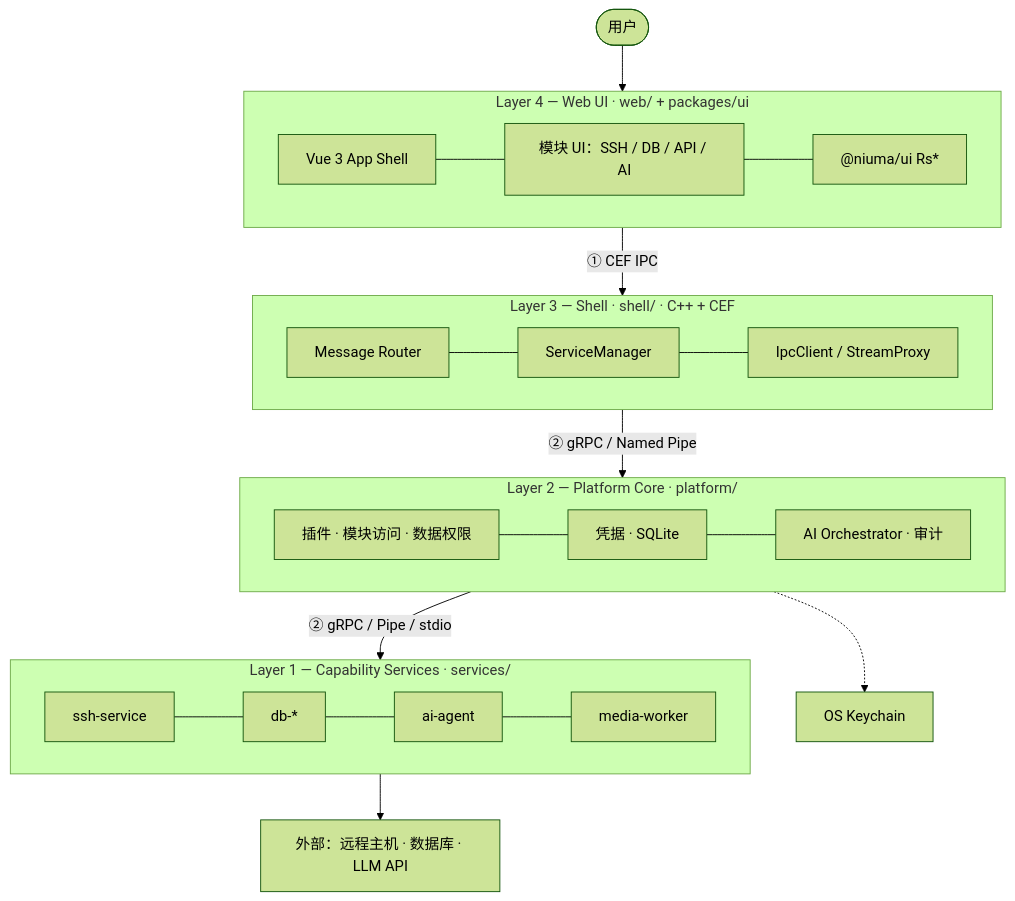
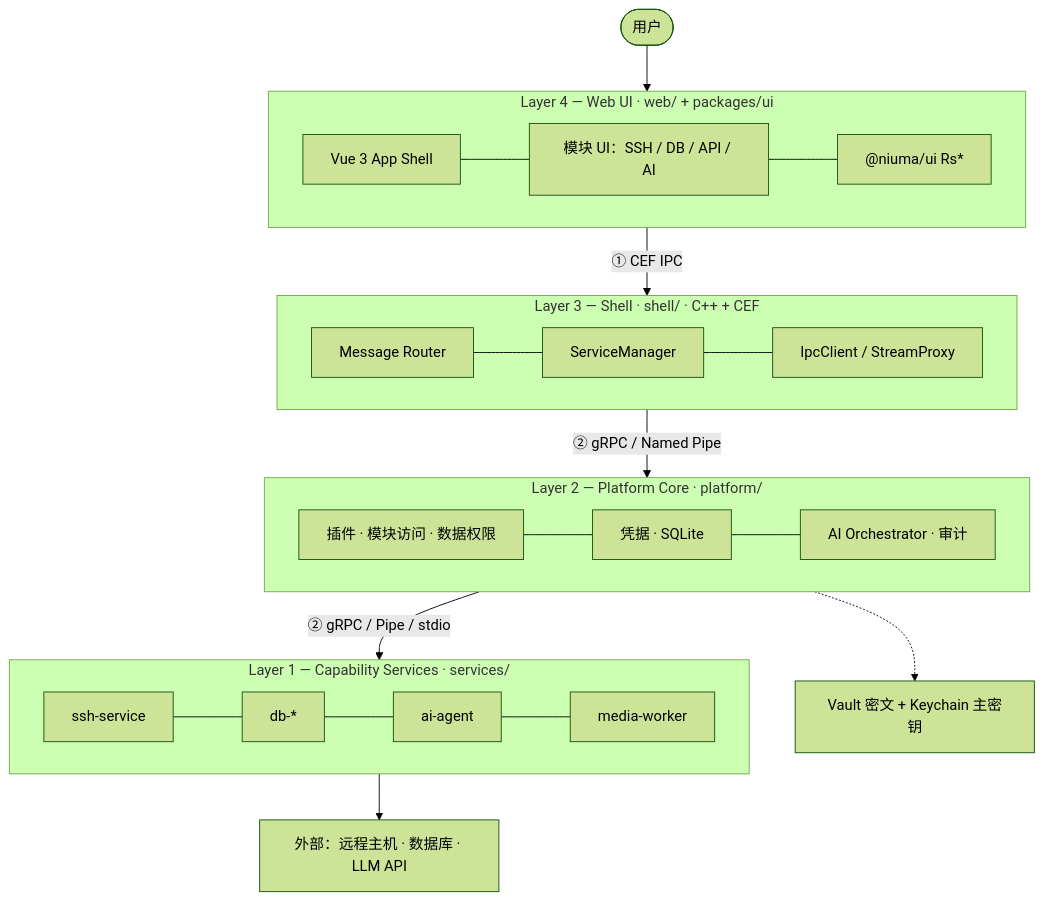
The first of 11 diagrams in docs/architecture.md (Blair-Shang/niuma), drawn with Mermaid (forest theme) before and after one commit. The commit also changed other lines of this file and 717 other files, not shown here.

````diff
--- a/docs/architecture.md
+++ b/docs/architecture.md
@@ -31,46 +31,46 @@
 ```mermaid
 flowchart TB
     U([用户]) --> L4
 
     subgraph L4["Layer 4 — Web UI · web/ + packages/ui"]
         direction LR
         l4a[Vue 3 App Shell]
         l4b[模块 UI：SSH / DB / API / AI]
         l4c["@niuma/ui Rs*"]
         l4a --- l4b --- l4c
     end
 
     L4 -->|"① CEF IPC"| L3
 
     subgraph L3["Layer 3 — Shell · shell/ · C++ + CEF"]
         direction LR
         l3a[Message Router]
         l3b[ServiceManager]
         l3c[IpcClient / StreamProxy]
         l3a --- l3b --- l3c
     end
 
     L3 -->|"② gRPC / Named Pipe"| L2
 
     subgraph L2["Layer 2 — Platform Core · platform/"]
         direction LR
         l2a[插件 · 模块访问 · 数据权限]
         l2b[凭据 · SQLite]
         l2c[AI Orchestrator · 审计]
         l2a --- l2b --- l2c
     end
 
     L2 -->|"② gRPC / Pipe / stdio"| L1
 
     subgraph L1["Layer 1 — Capability Services · services/"]
         direction LR
         l1a[ssh-service]
         l1b[db-*]
         l1c[ai-agent]
         l1d[media-worker]
         l1a --- l1b --- l1c --- l1d
     end
 
     L1 --> EXT["外部：远程主机 · 数据库 · LLM API"]
-    L2 -.-> KC[OS Keychain]
+    L2 -.-> KC["Vault 密文 + Keychain 主密钥"]
 ```
````
